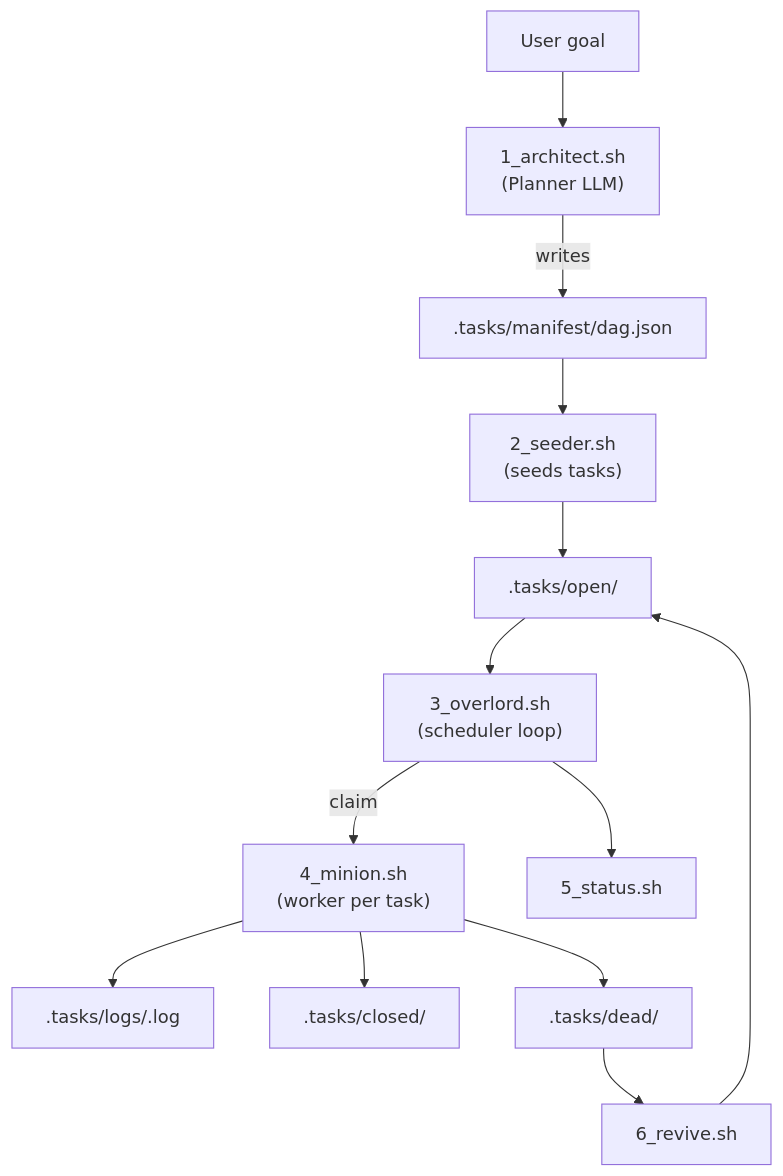
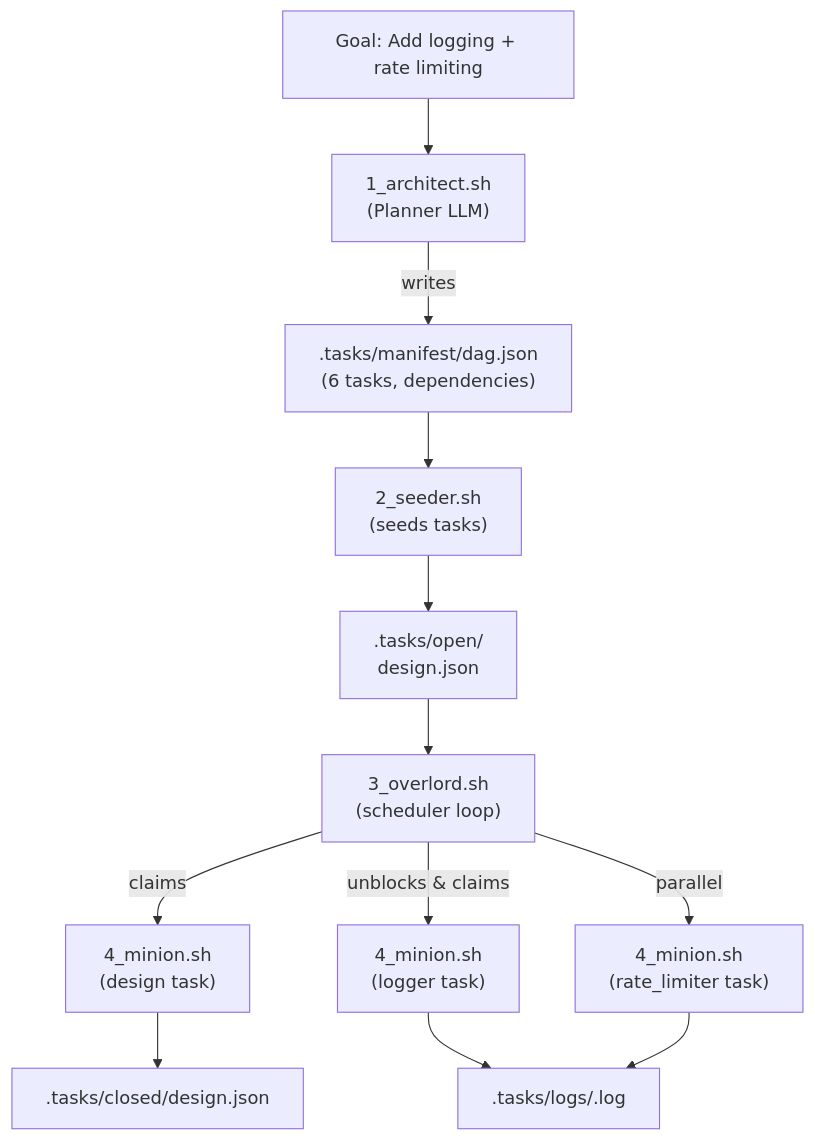
Before and after one commit to flyingrobots/TASKS-bash: the second of 4 diagrams in README.md, drawn with Mermaid. The commit also changed other lines of this file, not shown here.

Commit message:
docs: align README with current env names and DAG schema

````diff
--- a/README.md
+++ b/README.md
@@ -59,15 +94,14 @@
 ```mermaid
 flowchart TD
-  Goal[User goal] --> Planner["1_architect.sh<br />(Planner LLM)"]
-  Planner -->|writes| Manifest[".tasks/manifest/dag.json"]
+  Goal["Goal: Add logging + rate limiting"] --> Planner["1_architect.sh<br />(Planner LLM)"]
+  Planner -->|writes| Manifest[".tasks/manifest/dag.json<br/>(6 tasks, dependencies)"]
   Manifest --> Seeder["2_seeder.sh<br />(seeds tasks)"]
-  Seeder --> Open[".tasks/open/"]
+  Seeder --> Open[".tasks/open/<br/>design.json"]
   Open --> Overlord["3_overlord.sh<br />(scheduler loop)"]
-  Overlord -->|claim| Minion["4_minion.sh<br />(worker per task)"]
-  Minion --> Logs[".tasks/logs/<task>.log"]
-  Minion --> Closed[".tasks/closed/"]
-  Minion --> Dead[".tasks/dead/"]
-  Dead --> Revive["6_revive.sh"]
-  Revive --> Open
-  Overlord --> Status["5_status.sh"]
+  Overlord -->|claims| Minion1["4_minion.sh<br />(design task)"]
+  Minion1 --> Closed1[".tasks/closed/design.json"]
+  Overlord -->|unblocks & claims| Minion2["4_minion.sh<br />(logger task)"]
+  Overlord -->|parallel| Minion3["4_minion.sh<br />(rate_limiter task)"]
+  Minion2 --> Logs[".tasks/logs/<task>.log"]
+  Minion3 --> Logs
 ```
````
